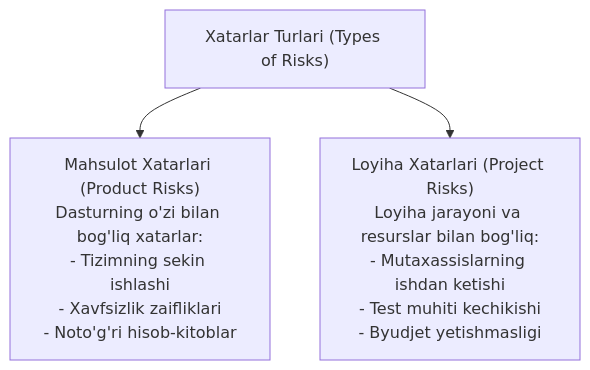
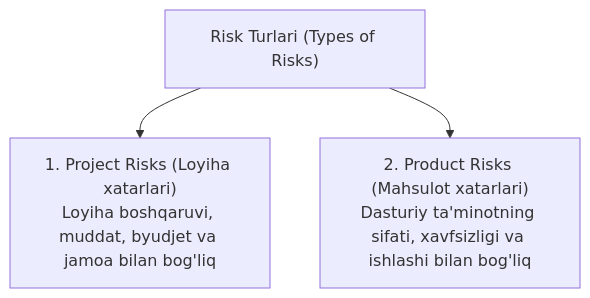
One commit to Ergashov15/qa-uzbekistan changed the ninth of 12 diagrams in app/docs/istqb-foundation/managing-the-test-activities/page.mdx. Above: the diagram before and after it, drawn with Mermaid. The commit also changed other lines of this file and 5 other files, not shown here.

````diff
--- a/app/docs/istqb-foundation/managing-the-test-activities/page.mdx
+++ b/app/docs/istqb-foundation/managing-the-test-activities/page.mdx
@@ -30,6 +1095,6 @@
 ```mermaid
 flowchart TD
-    Risk["Xatarlar Turlari (Types of Risks)"]
-    Risk --> ProdRisk["Mahsulot Xatarlari (Product Risks)\nDasturning o'zi bilan bog'liq xatarlar:\n- Tizimning sekin ishlashi\n- Xavfsizlik zaifliklari\n- Noto'g'ri hisob-kitoblar"]
-    Risk --> ProjRisk["Loyiha Xatarlari (Project Risks)\nLoyiha jarayoni va resurslar bilan bog'liq:\n- Mutaxassislarning ishdan ketishi\n- Test muhiti kechikishi\n- Byudjet yetishmasligi"]
+    TR["Risk Turlari (Types of Risks)"]
+    TR --> PR["1. Project Risks (Loyiha xatarlari)\nLoyiha boshqaruvi, muddat, byudjet va jamoa bilan bog'liq"]
+    TR --> PDR["2. Product Risks (Mahsulot xatarlari)\nDasturiy ta'minotning sifati, xavfsizligi va ishlashi bilan bog'liq"]
 ```
````
